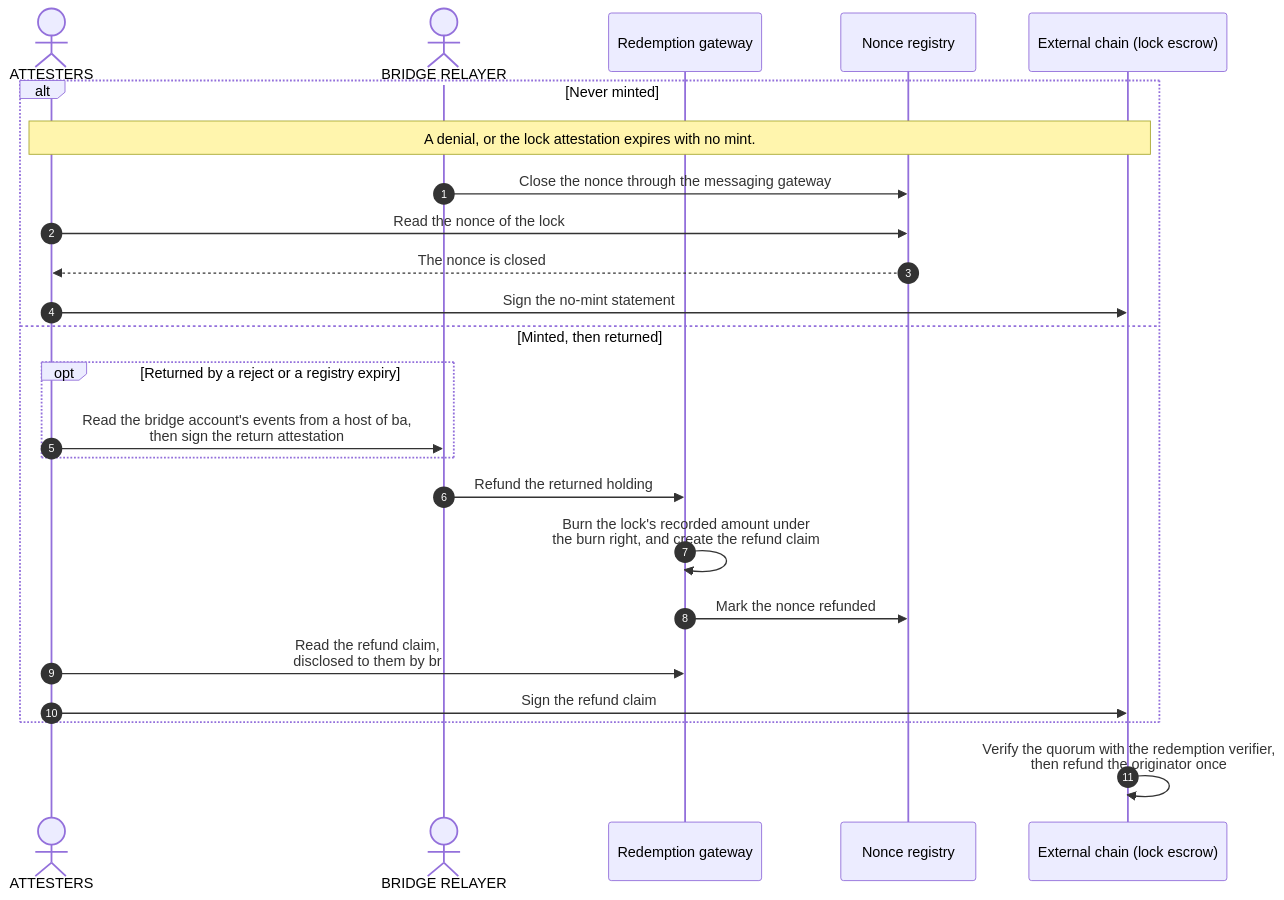
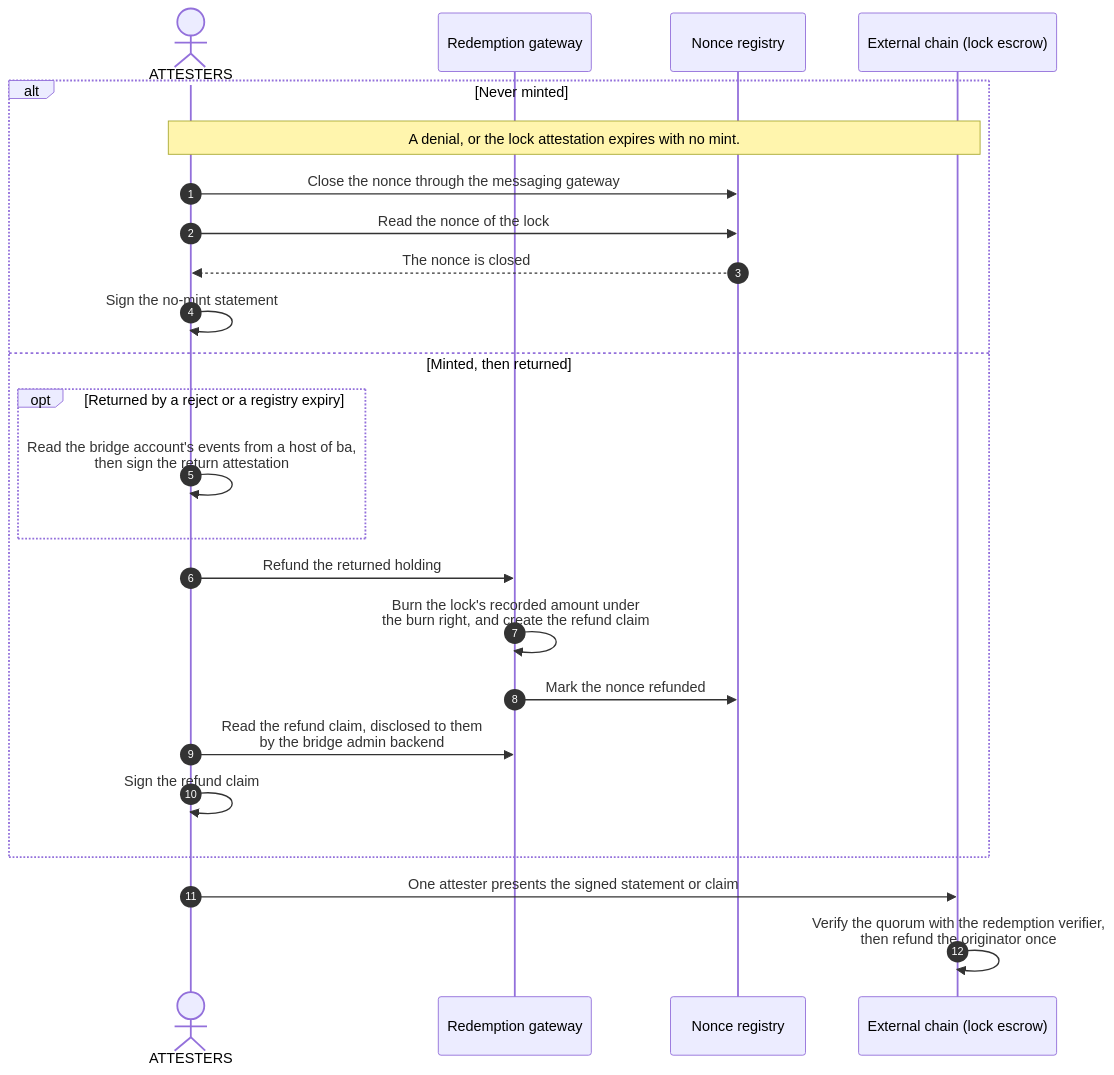
The second of 3 diagrams in docs/reference-architectures/cross-chain-stablecoin.md (OpenZeppelin/canton-specs), drawn with Mermaid before and after one commit. The commit also changed other lines of this file, not shown here.

````diff
--- a/docs/reference-architectures/cross-chain-stablecoin.md
+++ b/docs/reference-architectures/cross-chain-stablecoin.md
@@ -560,27 +573,27 @@
 ```mermaid
 sequenceDiagram
     autonumber
     actor Attesters as ATTESTERS
-    actor Relayer as BRIDGE RELAYER
     participant Redeem as Redemption gateway
     participant Reg as Nonce registry
     participant Chain as External chain (lock escrow)
 
     alt Never minted
         Note over Attesters,Chain: A denial, or the lock attestation expires with no mint.
-        Relayer->>Reg: Close the nonce through the messaging gateway
+        Attesters->>Reg: Close the nonce through the messaging gateway
         Attesters->>Reg: Read the nonce of the lock
         Reg-->>Attesters: The nonce is closed
-        Attesters->>Chain: Sign the no-mint statement
+        Attesters->>Attesters: Sign the no-mint statement
     else Minted, then returned
         opt Returned by a reject or a registry expiry
-            Attesters->>Relayer: Read the bridge account's events from a host of ba,<br/>then sign the return attestation
+            Attesters->>Attesters: Read the bridge account's events from a host of ba,<br/>then sign the return attestation
         end
-        Relayer->>Redeem: Refund the returned holding
+        Attesters->>Redeem: Refund the returned holding
         Redeem->>Redeem: Burn the lock's recorded amount under<br/>the burn right, and create the refund claim
         Redeem->>Reg: Mark the nonce refunded
-        Attesters->>Redeem: Read the refund claim,<br/>disclosed to them by br
-        Attesters->>Chain: Sign the refund claim
+        Attesters->>Redeem: Read the refund claim, disclosed to them<br/>by the bridge admin backend
+        Attesters->>Attesters: Sign the refund claim
     end
+    Attesters->>Chain: One attester presents the signed statement or claim
     Chain->>Chain: Verify the quorum with the redemption verifier,<br/>then refund the originator once
 ```
````
